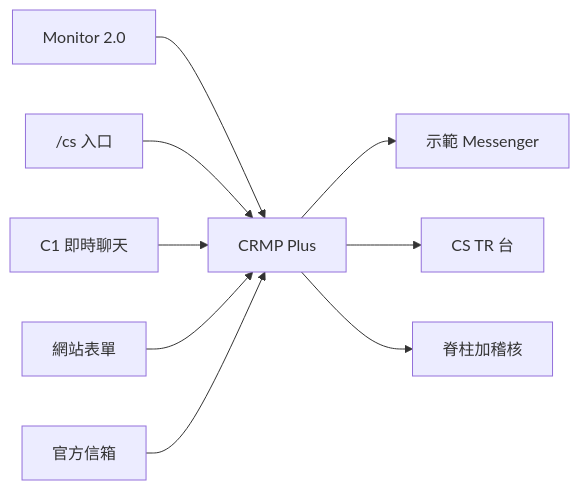
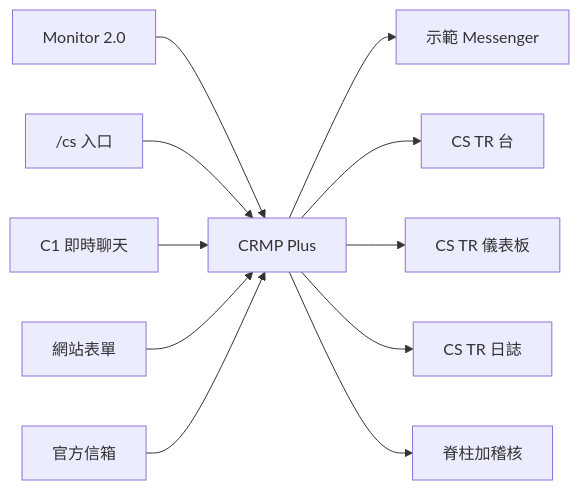
The first of 10 diagrams in platform/docs/PRD.zh-Hant.md (hxyan2020/PRD), drawn with Mermaid before and after one commit. The commit also changed other lines of this file and 35 other files, not shown here.

````diff
--- a/platform/docs/PRD.zh-Hant.md
+++ b/platform/docs/PRD.zh-Hant.md
@@ -27,11 +27,13 @@
 ```mermaid
 graph LR
   Mon[Monitor 2.0] --> Plus[CRMP Plus]
   Portal["/cs 入口"] --> Plus
   C1[C1 即時聊天] --> Plus
   Form[網站表單] --> Plus
   Mail[官方信箱] --> Plus
   Plus --> Lark[示範 Messenger]
   Plus --> CsDesk[CS TR 台]
+  Plus --> CsDash[CS TR 儀表板]
+  Plus --> CsLog[CS TR 日誌]
   Plus --> Audit[脊柱加稽核]
 ```
````
